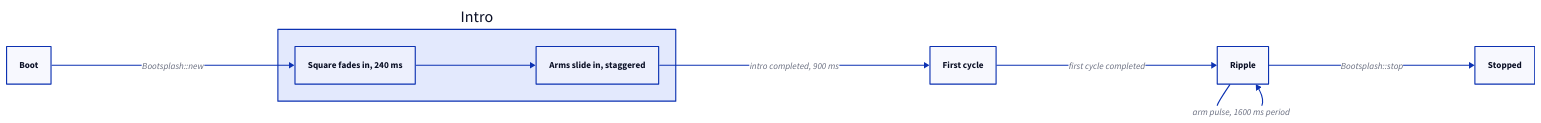
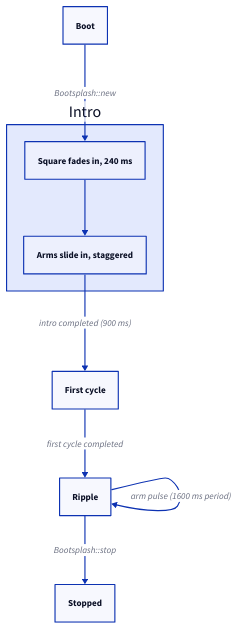
One commit to xila-project/website changed the diagram in src/content/docs/explanation/architecture/libraries/bootsplash.mdx. Above: the diagram before and after it, drawn with D2. The commit also changed 4 other files, not shown here.

First line of the commit message:
docs(diagrams): narrow the converted library diagrams

````diff
--- a/src/content/docs/explanation/architecture/libraries/bootsplash.mdx
+++ b/src/content/docs/explanation/architecture/libraries/bootsplash.mdx
@@ -51,19 +51,20 @@
 ```d2 title="Bootsplash animation state transitions"
-direction: right
+direction: down
 
 boot: Boot { class: io }
 intro: Intro { class: layer
+  direction: right
   square: Square fades in, 240 ms { class: component }
   arms: Arms slide in, staggered { class: component }
   square -> arms
 }
 first_cycle: First cycle { class: component }
 ripple: Ripple { class: component }
 stopped: Stopped { class: io }
 
 boot -> intro.square: Bootsplash::new
-intro.arms -> first_cycle: intro completed, 900 ms
+intro.arms -> first_cycle: intro completed (900 ms)
 first_cycle -> ripple: first cycle completed
-ripple -> ripple: arm pulse, 1600 ms period
+ripple -> ripple: arm pulse (1600 ms period)
 ripple -> stopped: Bootsplash::stop
 ```
````
